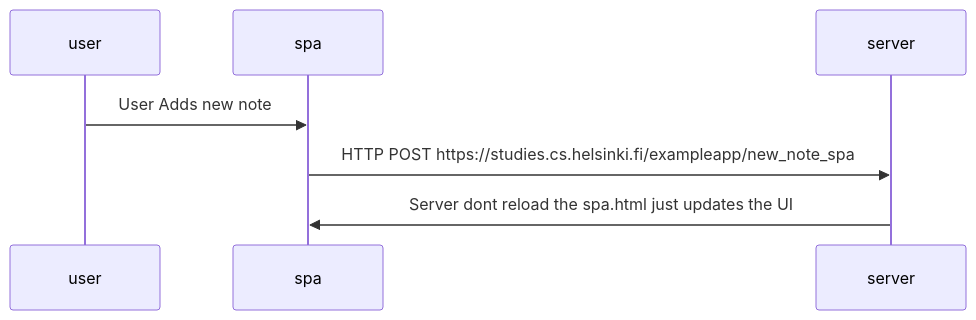
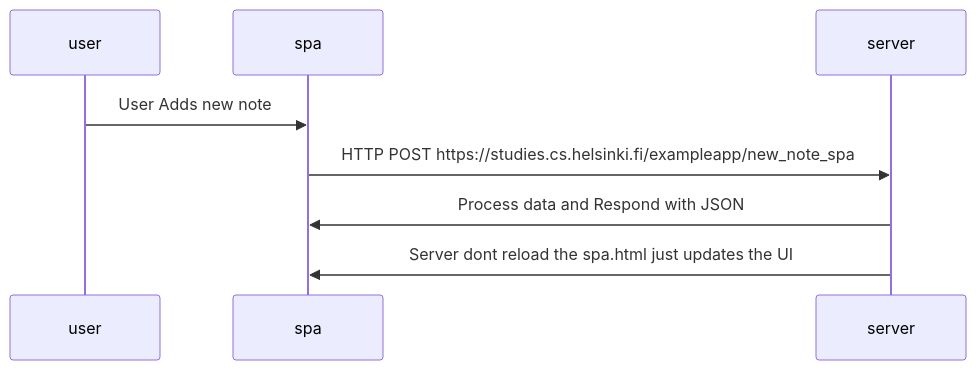
Before and after one commit to Dago04/part0: the diagram in 0.6.md, drawn with Mermaid.

````diff
--- a/0.6.md
+++ b/0.6.md
@@ -1,9 +1,10 @@
 ```mermaid
 sequenceDiagram
      participant user
      participant spa
      participant server
      user->>spa: User Adds new note
      spa->>server: HTTP POST https://studies.cs.helsinki.fi/exampleapp/new_note_spa
+     server->>spa: Process data and Respond with JSON
      server->>spa: Server dont reload the spa.html just updates the UI
 ```
````
